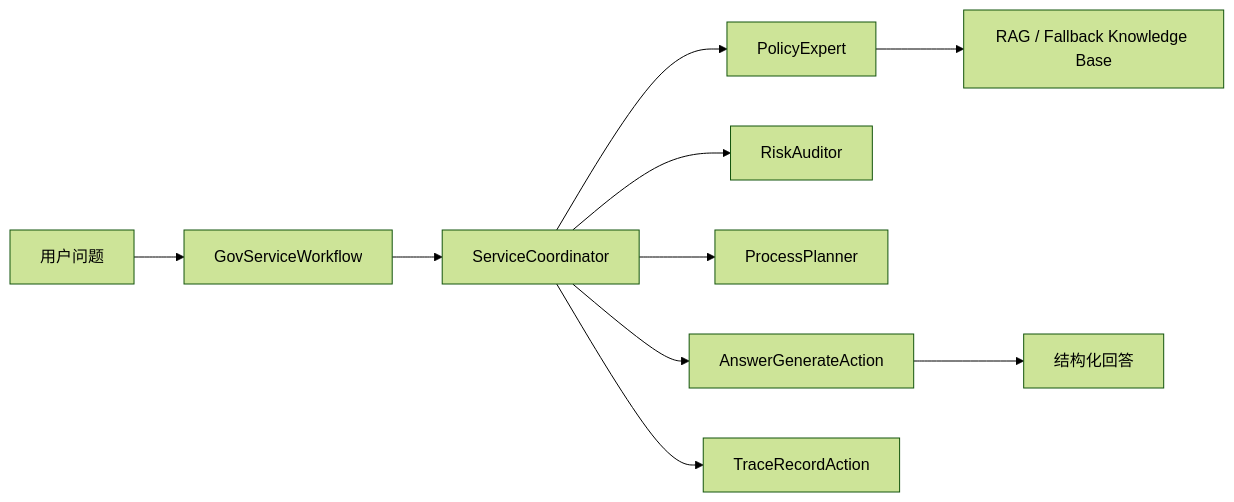
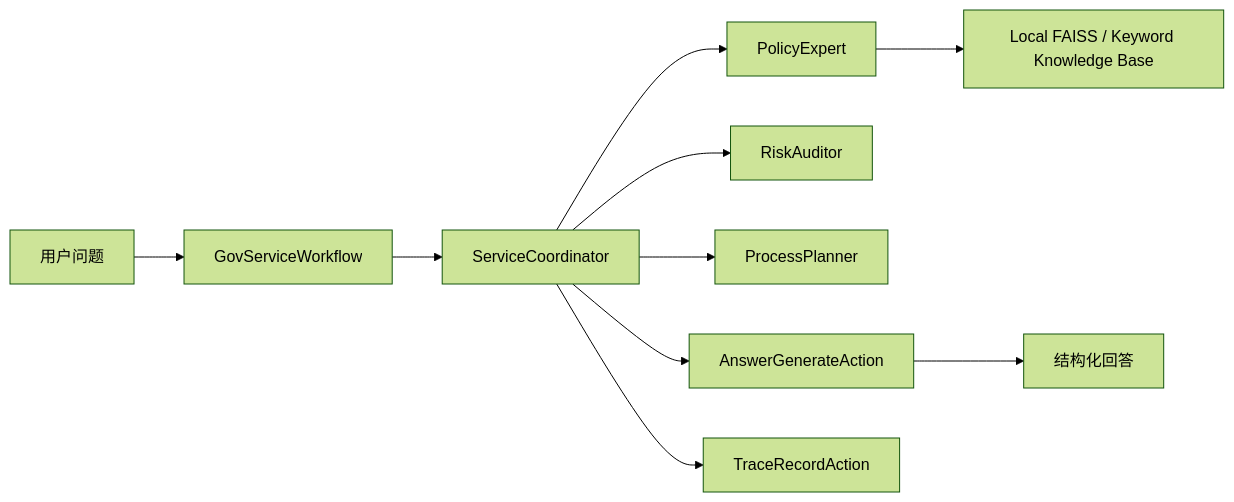
One commit to winnie0618/MetaGPT changed the first of 5 diagrams in docs/government_service_thesis/figures.md. Above: the diagram before and after it, drawn with Mermaid (forest theme). The commit also changed other lines of this file and 7 other files, not shown here.

Commit message:
Enable local FAISS retrieval for government service agent

````diff
--- a/docs/government_service_thesis/figures.md
+++ b/docs/government_service_thesis/figures.md
@@ -5,12 +5,12 @@
 ```mermaid
 flowchart LR
   U["用户问题"] --> W["GovServiceWorkflow"]
   W --> C["ServiceCoordinator"]
   C --> P["PolicyExpert"]
   C --> R["RiskAuditor"]
   C --> G["ProcessPlanner"]
   C --> A["AnswerGenerateAction"]
-  P --> KB["RAG / Fallback Knowledge Base"]
+  P --> KB["Local FAISS / Keyword Knowledge Base"]
   A --> O["结构化回答"]
   C --> T["TraceRecordAction"]
 ```
````
